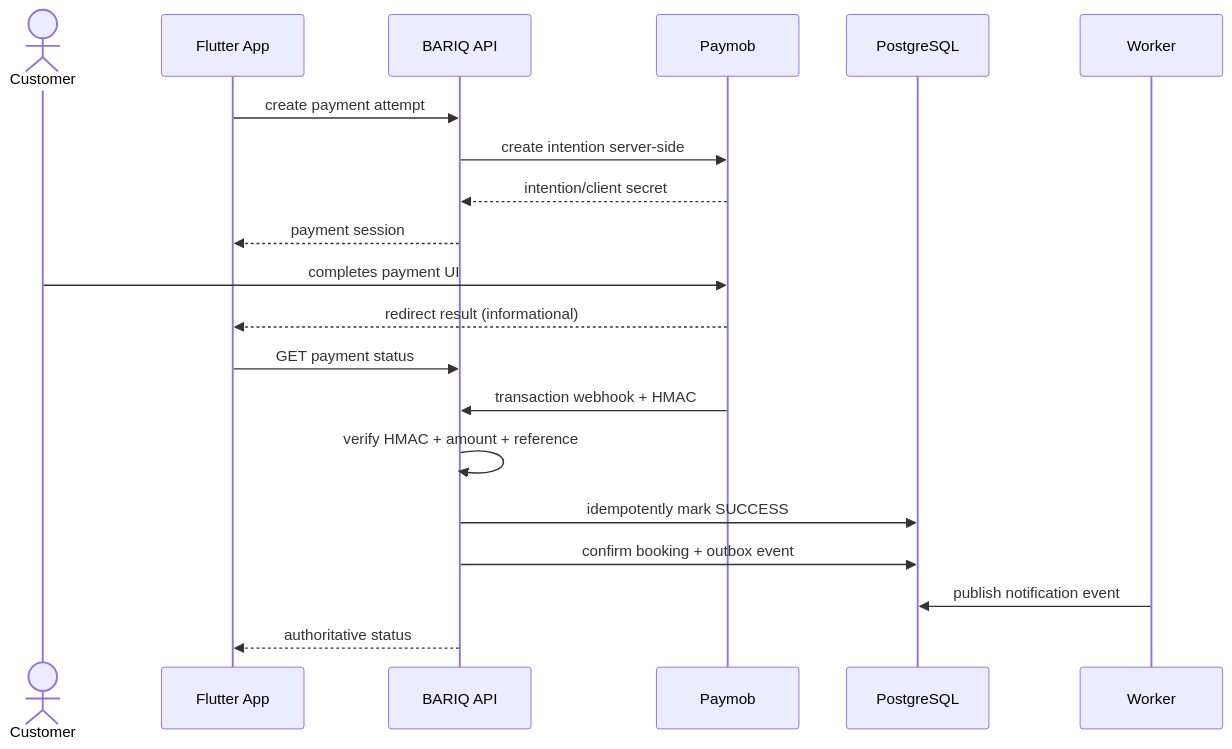
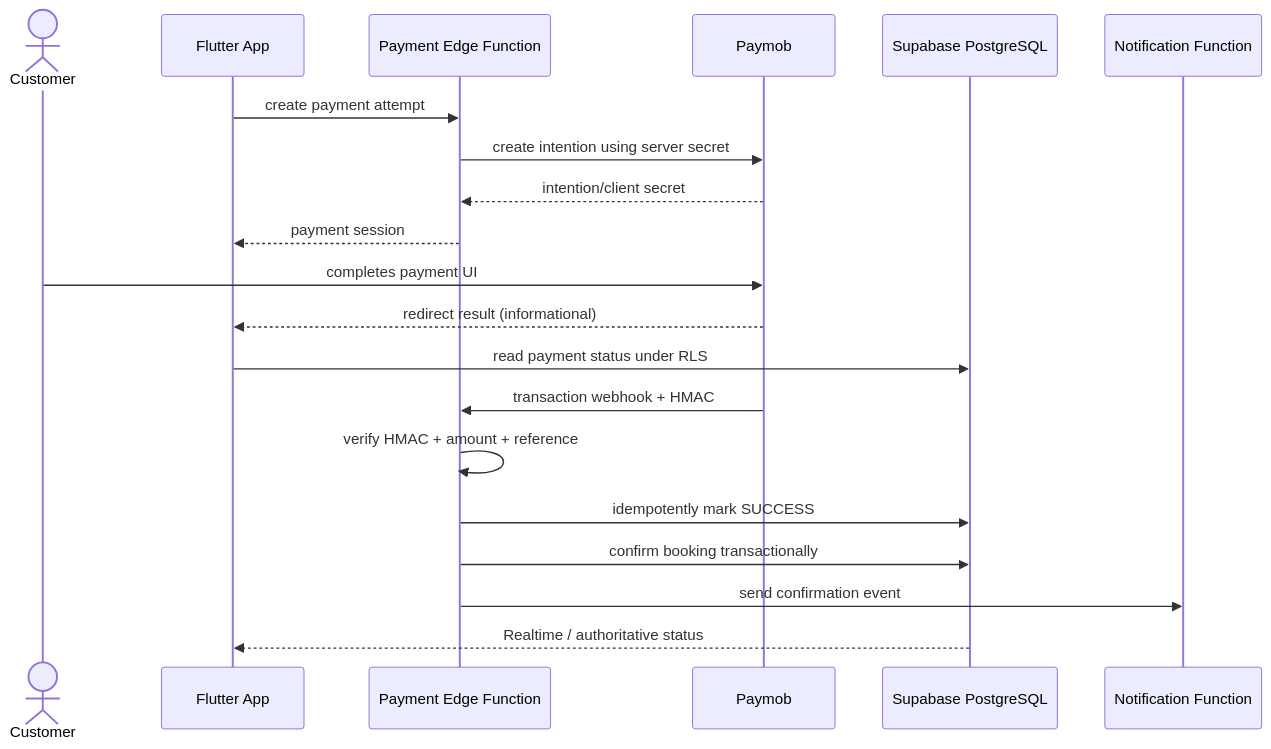
One commit to YoussefShawky0/bariq changed the ninth of 14 diagrams in docs/BARIQ-ENGINEERING-PLAN.md. Above: the diagram before and after it, drawn with Mermaid. The commit also changed other lines of this file and 46 other files, not shown here.

First line of the commit message:
feat(app): add Supabase startup foundation (#2) (#3)

````diff
--- a/docs/BARIQ-ENGINEERING-PLAN.md
+++ b/docs/BARIQ-ENGINEERING-PLAN.md
@@ -589,23 +575,23 @@
 ```mermaid
 sequenceDiagram
     actor C as Customer
     participant App as Flutter App
-    participant API as BARIQ API
+    participant Function as Payment Edge Function
     participant P as Paymob
-    participant DB as PostgreSQL
-    participant W as Worker
+    participant DB as Supabase PostgreSQL
+    participant Notify as Notification Function
 
-    App->>API: create payment attempt
-    API->>P: create intention server-side
-    P-->>API: intention/client secret
-    API-->>App: payment session
+    App->>Function: create payment attempt
+    Function->>P: create intention using server secret
+    P-->>Function: intention/client secret
+    Function-->>App: payment session
     C->>P: completes payment UI
     P-->>App: redirect result (informational)
-    App->>API: GET payment status
-    P->>API: transaction webhook + HMAC
-    API->>API: verify HMAC + amount + reference
-    API->>DB: idempotently mark SUCCESS
-    API->>DB: confirm booking + outbox event
-    W->>DB: publish notification event
-    API-->>App: authoritative status
+    App->>DB: read payment status under RLS
+    P->>Function: transaction webhook + HMAC
+    Function->>Function: verify HMAC + amount + reference
+    Function->>DB: idempotently mark SUCCESS
+    Function->>DB: confirm booking transactionally
+    Function->>Notify: send confirmation event
+    DB-->>App: Realtime / authoritative status
 ```
````
